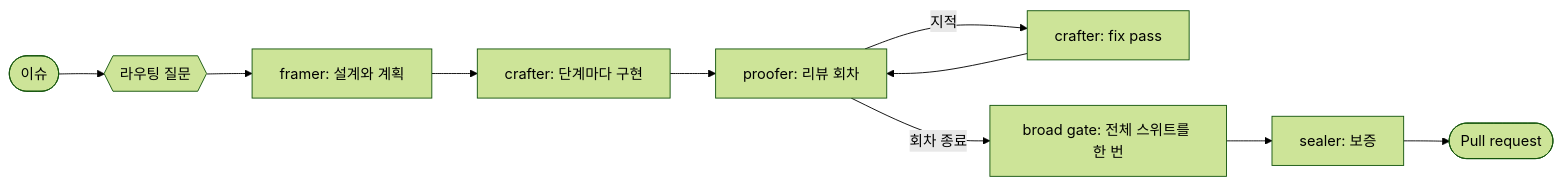
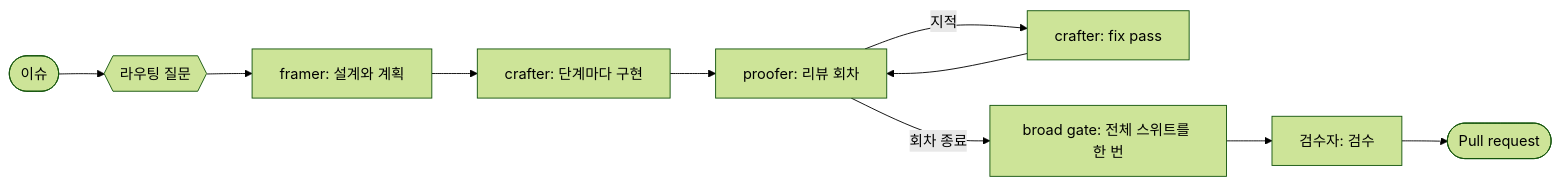
The diagram in README.ko.md (MichaelYcJo/AgenticSeal), drawn with Mermaid (forest theme) before and after one commit. The commit also changed other lines of this file and 491 other files, not shown here.

````diff
--- a/README.ko.md
+++ b/README.ko.md
@@ -32,12 +33,12 @@
 ```mermaid
 flowchart LR
     issue([이슈]) --> routing{{라우팅 질문}}
     routing --> framer[framer: 설계와 계획]
     framer --> crafter[crafter: 단계마다 구현]
     crafter --> proofer[proofer: 리뷰 회차]
     proofer -- 지적 --> fix[crafter: fix pass]
     fix --> proofer
     proofer -- 회차 종료 --> gate[broad gate: 전체 스위트를 한 번]
-    gate --> sealer[sealer: 보증]
-    sealer --> pr([Pull request])
+    gate --> inspector[검수자: 검수]
+    inspector --> pr([Pull request])
 ```
````
